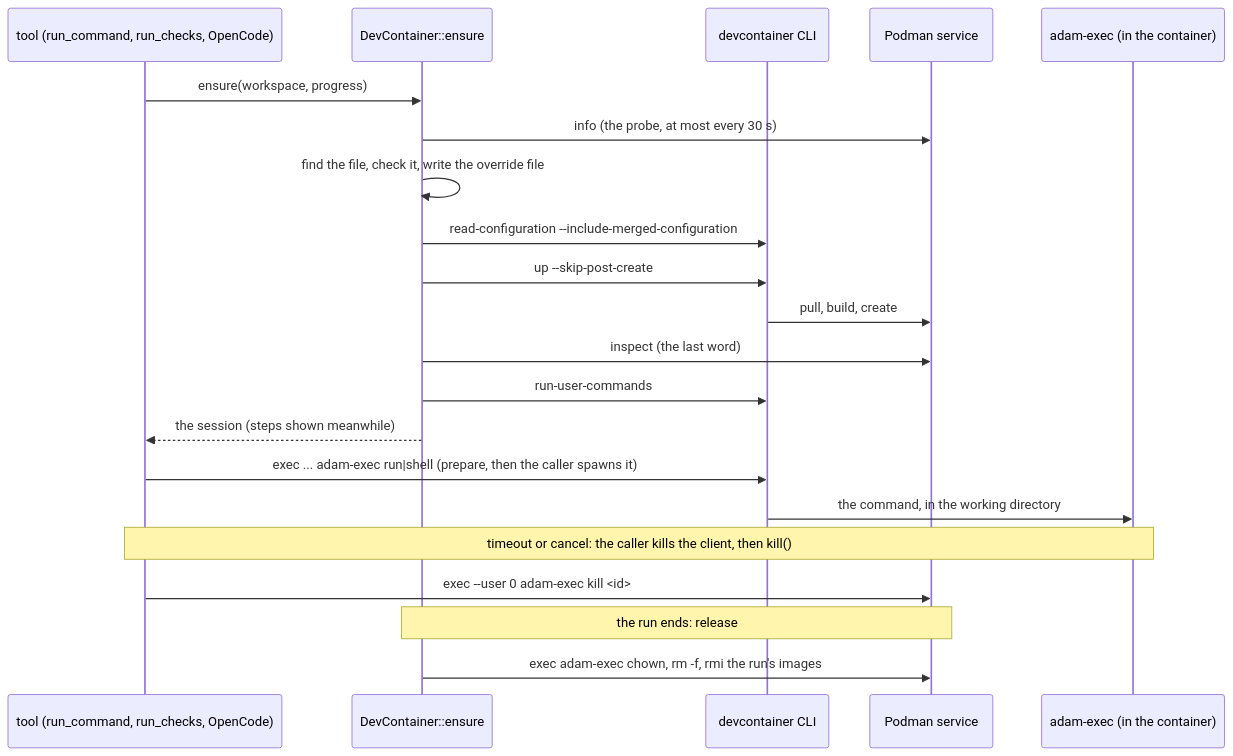
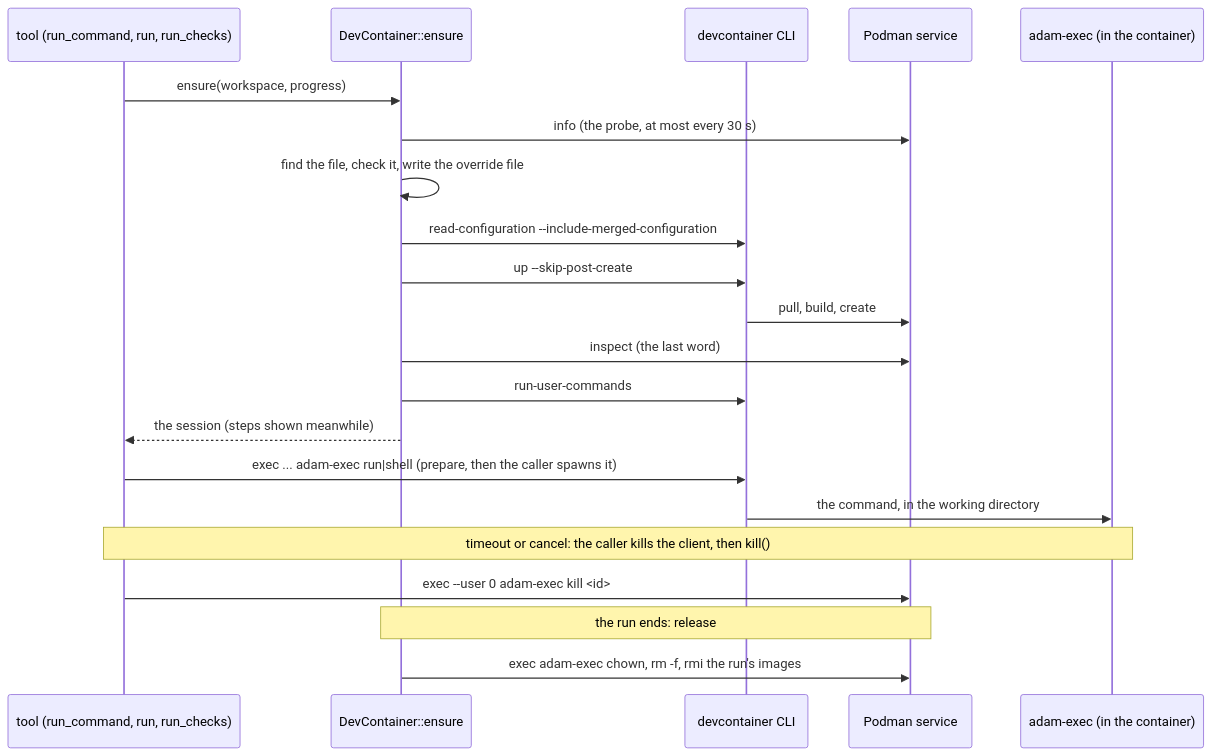
Before and after one commit to vymalo/another-adam-rs: the first of 2 diagrams in crates/adam-devcontainer/README.md, drawn with Mermaid. The commit also changed other lines of this file and 34 other files, not shown here.

First line of the commit message:
docs: the coder no longer uses OpenCode (ADR 0038, slice 5 of ADR 0044)

````diff
--- a/crates/adam-devcontainer/README.md
+++ b/crates/adam-devcontainer/README.md
@@ -84,23 +84,23 @@
 ```mermaid
 sequenceDiagram
-  participant T as tool (run_command, run_checks, OpenCode)
+  participant T as tool (run_command, run, run_checks)
   participant E as DevContainer::ensure
   participant C as devcontainer CLI
   participant P as Podman service
   participant X as adam-exec (in the container)
   T->>E: ensure(workspace, progress)
   E->>P: info (the probe, at most every 30 s)
   E->>E: find the file, check it, write the override file
   E->>C: read-configuration --include-merged-configuration
   E->>C: up --skip-post-create
   C->>P: pull, build, create
   E->>P: inspect (the last word)
   E->>C: run-user-commands
   E-->>T: the session (steps shown meanwhile)
   T->>C: exec ... adam-exec run|shell (prepare, then the caller spawns it)
   C->>X: the command, in the working directory
   Note over T,X: timeout or cancel: the caller kills the client, then kill()
   T->>P: exec --user 0 adam-exec kill <id>
   Note over E,P: the run ends: release
   E->>P: exec adam-exec chown, rm -f, rmi the run's images
 ```
````
